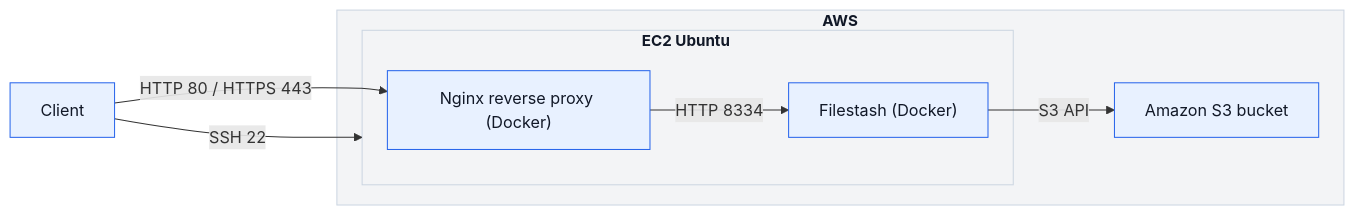
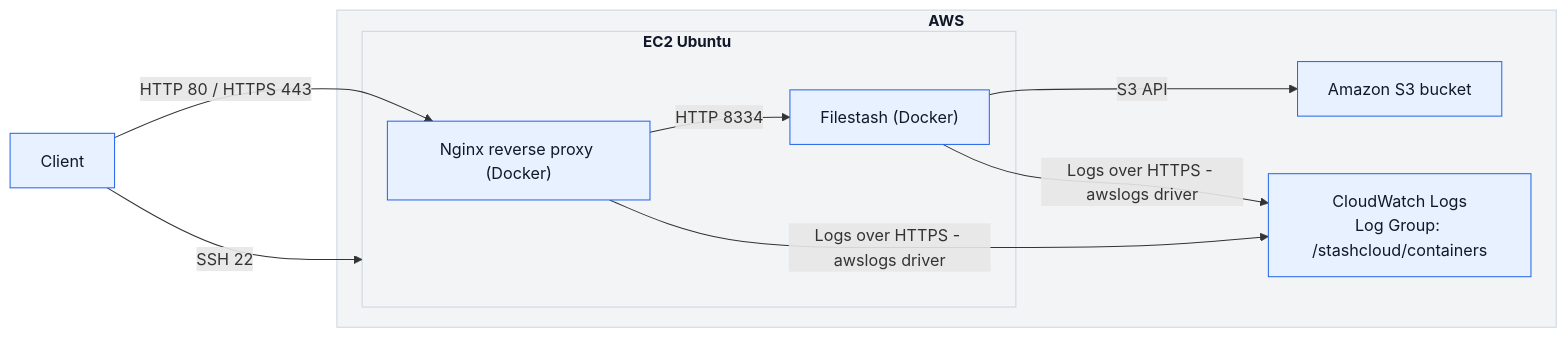
The first of 2 diagrams in README.md (gsiegwald/stashcloud), drawn with Mermaid before and after one commit. The commit also changed other lines of this file and 7 other files, not shown here.

````diff
--- a/README.md
+++ b/README.md
@@ -49,25 +54,30 @@
 ```mermaid
 flowchart LR
   %% Infrastructure
   subgraph AWS["AWS"]
     subgraph EC2["EC2 Ubuntu"]
       NGINX["Nginx reverse proxy (Docker)"]
       FS["Filestash (Docker)"]
     end
     S3["Amazon S3 bucket"]
+    CWL["CloudWatch Logs<br/>Log Group: /stashcloud/containers"]
   end
 
   %% Network flows
   User["Client"] -->|SSH 22| EC2
   User -->|HTTP 80 / HTTPS 443| NGINX
   NGINX -->|HTTP 8334| FS
   FS -->|S3 API| S3
 
-%% ---- Subgraph styling (backgrounds) ----
-style AWS fill:#F3F4F6,stroke:#CBD5E1,stroke-width:1px,color:#111827,font-size:15px,font-weight:bold
-style EC2 fill:#F3F4F6,stroke:#CBD5E1,stroke-width:1px,color:#111827,font-size:15px,font-weight:bold
+  %% Centralized logging flows
+  NGINX -->|Logs over HTTPS - awslogs driver| CWL
+  FS -->|Logs over HTTPS - awslogs driver| CWL
 
-%% ---- Node styling ----
-classDef default  fill:#E8F1FF,stroke:#2563EB,stroke-width:1px,color:#111827;
-classDef fileNode fill:#F3E8FF,stroke:#7C3AED,stroke-width:1px,color:#111827;
+  %% ---- Subgraph styling (backgrounds) ----
+  style AWS fill:#F3F4F6,stroke:#CBD5E1,stroke-width:1px,color:#111827,font-size:15px,font-weight:bold
+  style EC2 fill:#F3F4F6,stroke:#CBD5E1,stroke-width:1px,color:#111827,font-size:15px,font-weight:bold
+
+  %% ---- Node styling ----
+  classDef default  fill:#E8F1FF,stroke:#2563EB,stroke-width:1px,color:#111827;
+  classDef fileNode fill:#F3E8FF,stroke:#7C3AED,stroke-width:1px,color:#111827;
 ```
````
